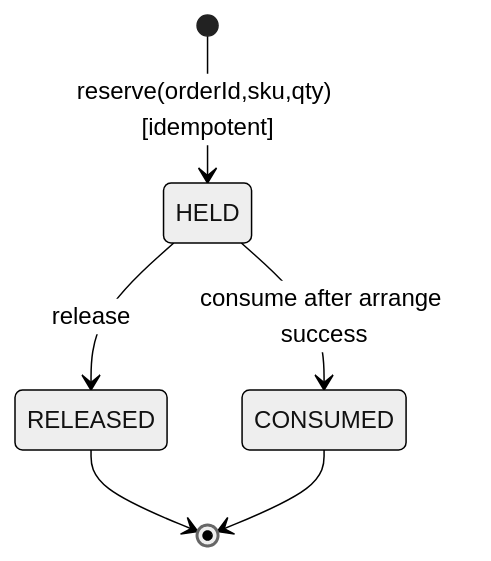
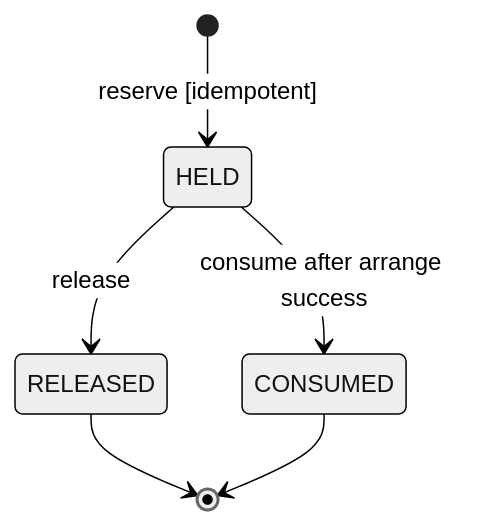
The first of 3 diagrams in docs/contracts/STATE_MODELS.md (oskargawr/agentic-microservices-orchestration), drawn with Mermaid (neutral theme) before and after one commit. The commit also changed other lines of this file and 9 other files, not shown here.

````diff
--- a/docs/contracts/STATE_MODELS.md
+++ b/docs/contracts/STATE_MODELS.md
@@ -9,8 +32,8 @@
 ```mermaid
 stateDiagram-v2
-  [*] --> HELD: reserve(orderId,sku,qty) [idempotent]
+  [*] --> HELD: reserve [idempotent]
   HELD --> RELEASED: release
   HELD --> CONSUMED: consume after arrange success
   RELEASED --> [*]
   CONSUMED --> [*]
 ```
````
